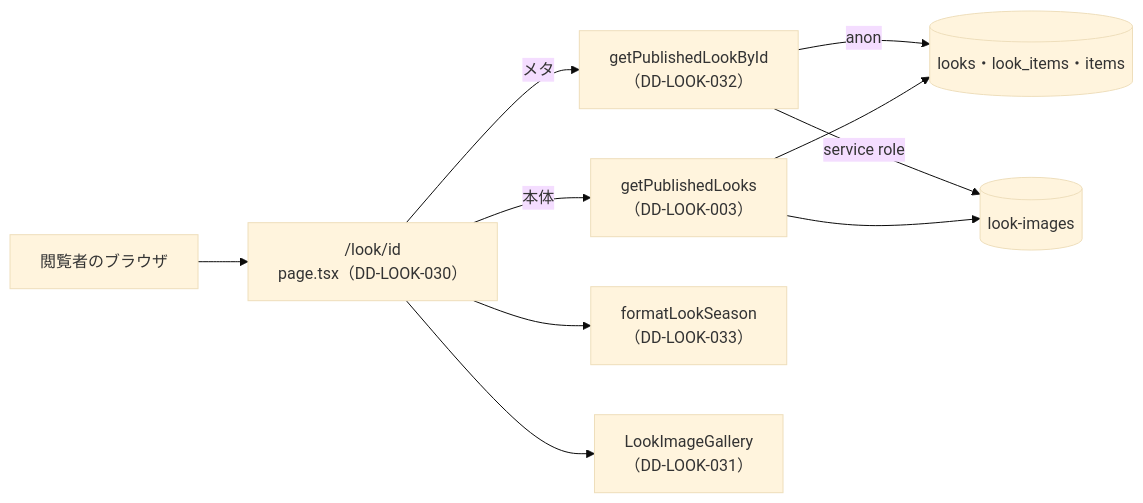
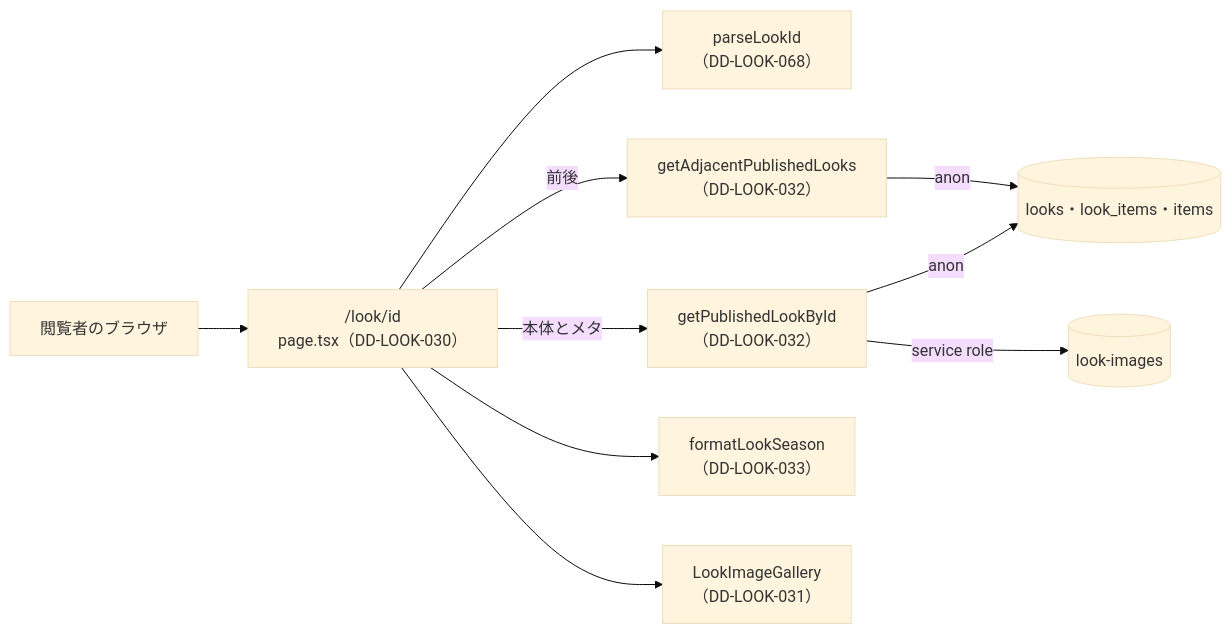
One commit to ChocoWork/o_official changed the diagram in docs/04_DetailDesign/pages/07_look_detail.md. Above: the diagram before and after it, drawn with Mermaid (base theme). The commit also changed other lines of this file and 207 other files, not shown here.

````diff
--- a/docs/04_DetailDesign/pages/07_look_detail.md
+++ b/docs/04_DetailDesign/pages/07_look_detail.md
@@ -43,12 +44,12 @@
 ```mermaid
 graph LR
   U["閲覧者のブラウザ"] --> PG["/look/id<br/>page.tsx（DD-LOOK-030）"]
-  PG -->|本体| GA["getPublishedLooks<br/>（DD-LOOK-003）"]
-  PG -->|メタ| GB["getPublishedLookById<br/>（DD-LOOK-032）"]
+  PG --> PI["parseLookId<br/>（DD-LOOK-068）"]
+  PG -->|本体とメタ| GB["getPublishedLookById<br/>（DD-LOOK-032）"]
+  PG -->|前後| GA["getAdjacentPublishedLooks<br/>（DD-LOOK-032）"]
   PG --> FS["formatLookSeason<br/>（DD-LOOK-033）"]
   PG --> GL["LookImageGallery<br/>（DD-LOOK-031）"]
   GB -->|anon| DB[("looks・look_items・items")]
   GB -->|service role| ST[("look-images")]
-  GA --> DB
-  GA --> ST
+  GA -->|anon| DB
 ```
````
